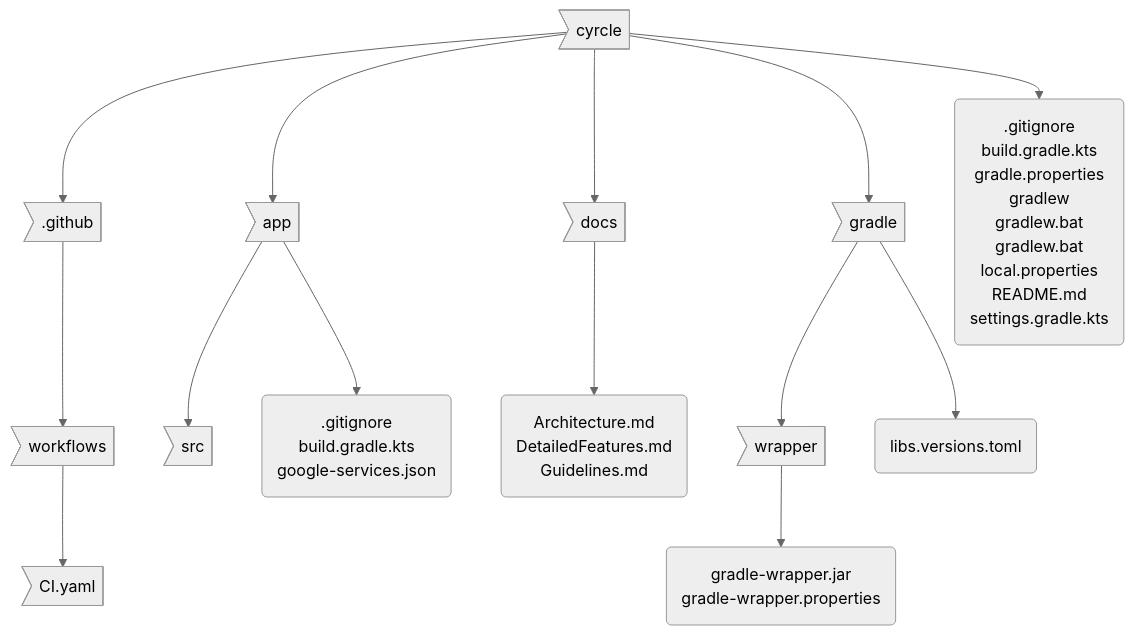
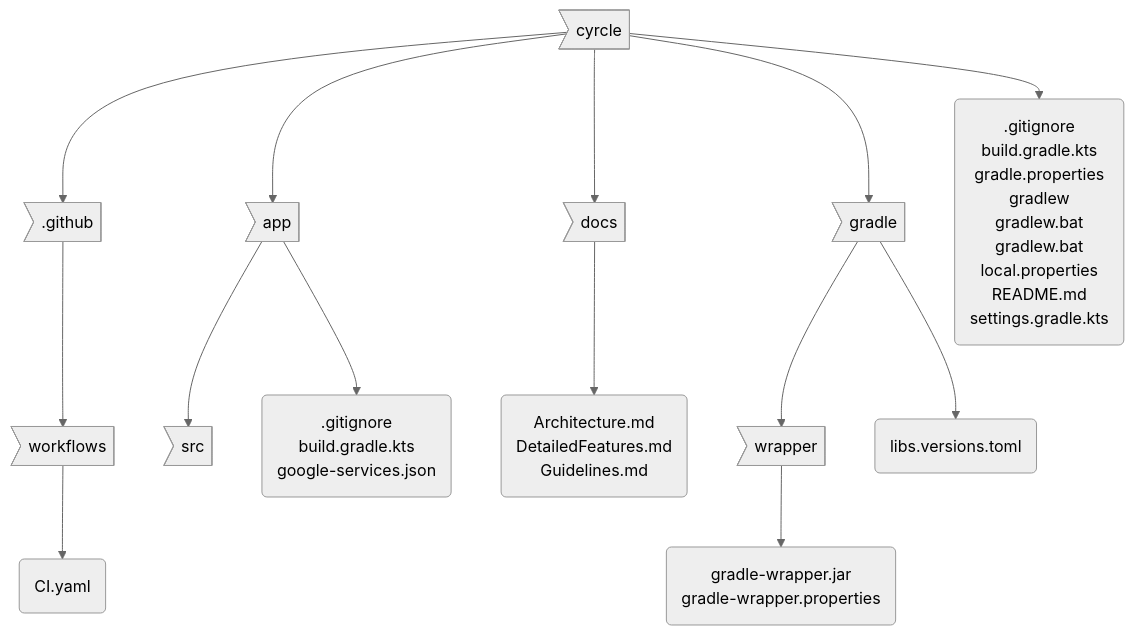
One commit to SwEnt-Fall-2024-Group-22/Cyrcle changed the second of 3 diagrams in docs/Architecture.md. Above: the diagram before and after it, drawn with Mermaid. The commit also changed other lines of this file, not shown here.

First line of the commit message:
doc: import bootcamp architecture description

````diff
--- a/docs/Architecture.md
+++ b/docs/Architecture.md
@@ -3,25 +39,25 @@
 ```mermaid
 ---
 config:
     theme: neutral
     fontFamily: helvetica
 ---
 flowchart TB
     root>cyrcle] --> GTH>.github]
     root --> APP>app]
     root --> DOC>docs]
     root --> GRA>gradle]
     root --> root_files(.gitignore\n build.gradle.kts\n gradle.properties\n gradlew\n gradlew.bat\n gradlew.bat\n local.properties\n README.md\n settings.gradle.kts)
     
     GTH --> WF>workflows]
-    WF --> WF_files>CI.yaml]
+    WF --> WF_files(CI.yaml)
     
     APP --> SRC>src]
     APP --> APP_files(.gitignore\n build.gradle.kts\n google-services.json)
     
     DOC --> DOC_files(Architecture.md\n DetailedFeatures.md\n Guidelines.md)
     
     GRA --> WRP>wrapper]
     WRP --> WRP_fils(gradle-wrapper.jar\n gradle-wrapper.properties)
     GRA --> GRA_files(libs.versions.toml)
 ```
````
